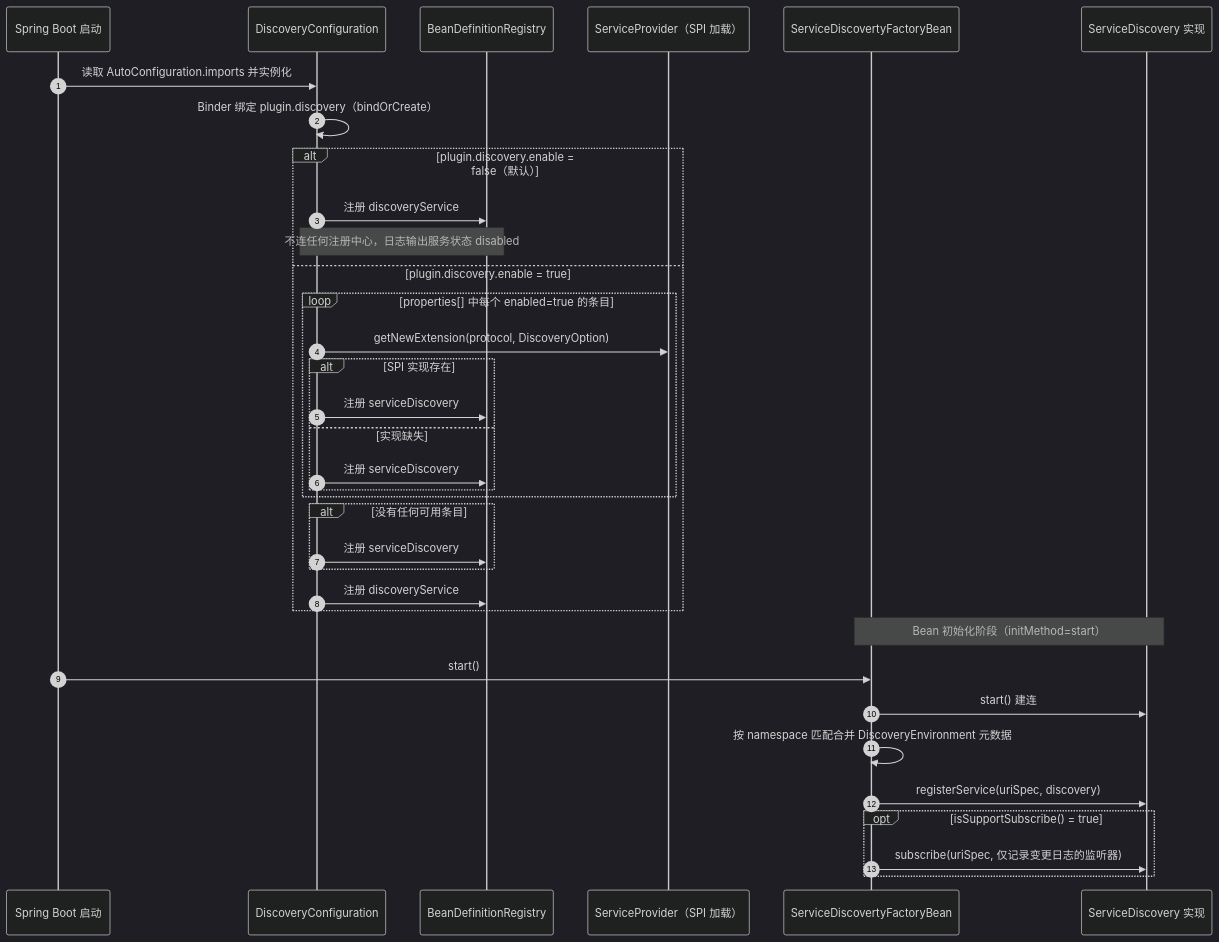
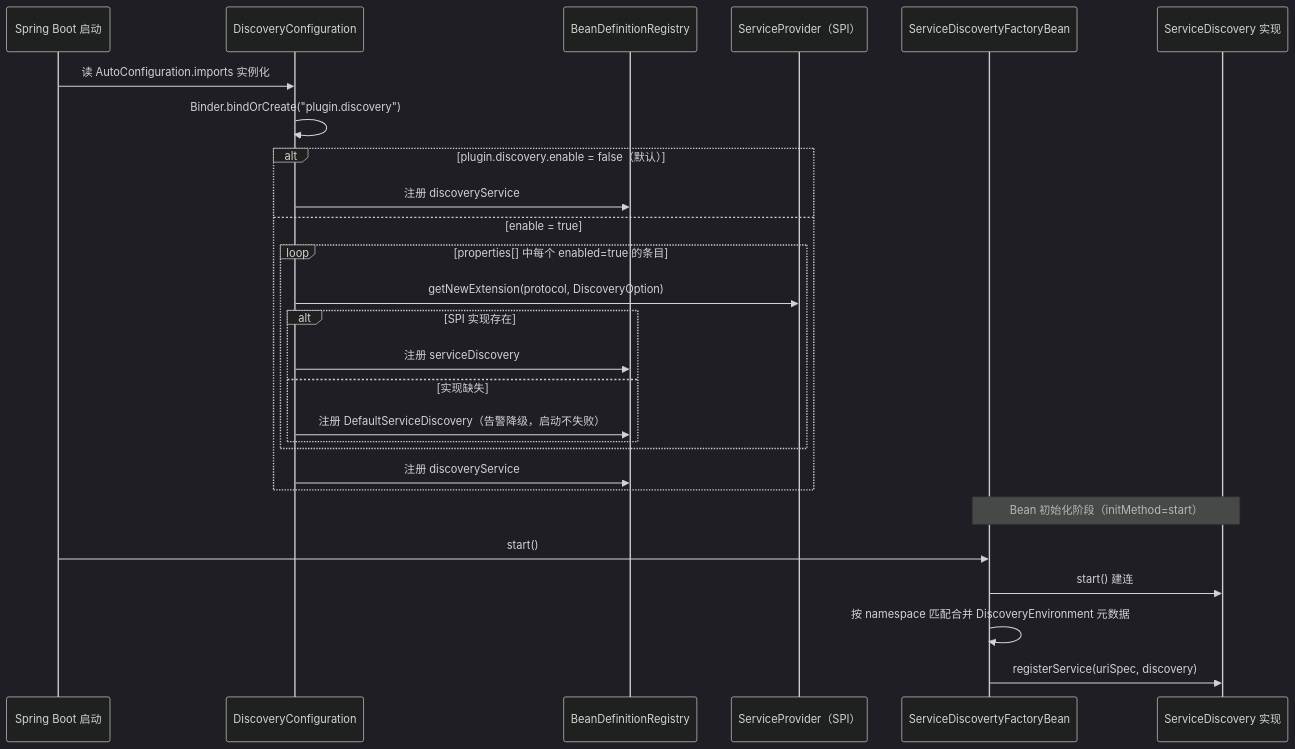
Before and after one commit to CHTK001/spring-support-parent-starter: the second of 2 diagrams in spring-support-discovery-starter/README.md, drawn with Mermaid (dark theme). The commit also changed other lines of this file and 54 other files, not shown here.

````diff
--- a/spring-support-discovery-starter/README.md
+++ b/spring-support-discovery-starter/README.md
@@ -85,38 +49,30 @@
 ```mermaid
 sequenceDiagram
-    autonumber
     participant Boot as Spring Boot 启动
     participant Cfg as DiscoveryConfiguration
     participant Reg as BeanDefinitionRegistry
-    participant SP as ServiceProvider（SPI 加载）
+    participant SP as ServiceProvider（SPI）
     participant FB as ServiceDiscovertyFactoryBean
     participant SD as ServiceDiscovery 实现
 
-    Boot->>Cfg: 读取 AutoConfiguration.imports 并实例化
-    Cfg->>Cfg: Binder 绑定 plugin.discovery（bindOrCreate）
+    Boot->>Cfg: 读 AutoConfiguration.imports 实例化
+    Cfg->>Cfg: Binder.bindOrCreate("plugin.discovery")
     alt plugin.discovery.enable = false（默认）
         Cfg->>Reg: 注册 discoveryService#embedd（内含 DefaultServiceDiscovery）
-        Note over Cfg,Reg: 不连任何注册中心，日志输出服务状态 disabled
-    else plugin.discovery.enable = true
+    else enable = true
         loop properties[] 中每个 enabled=true 的条目
             Cfg->>SP: getNewExtension(protocol, DiscoveryOption)
             alt SPI 实现存在
                 Cfg->>Reg: 注册 serviceDiscovery#protocol（首个置 primary）
             else 实现缺失
-                Cfg->>Reg: 注册 serviceDiscovery#protocol = DefaultServiceDiscovery（告警降级）
+                Cfg->>Reg: 注册 DefaultServiceDiscovery（告警降级，启动不失败）
             end
-        end
-        alt 没有任何可用条目
-            Cfg->>Reg: 注册 serviceDiscovery#default = DefaultServiceDiscovery（primary）
         end
         Cfg->>Reg: 注册 discoveryService#embedd（构造注入 primary + 全部实现 Map）
     end
     Note over FB,SD: Bean 初始化阶段（initMethod=start）
     Boot->>FB: start()
     FB->>SD: start() 建连
     FB->>FB: 按 namespace 匹配合并 DiscoveryEnvironment 元数据
     FB->>SD: registerService(uriSpec, discovery)
-    opt isSupportSubscribe() = true
-        FB->>SD: subscribe(uriSpec, 仅记录变更日志的监听器)
-    end
 ```
````
